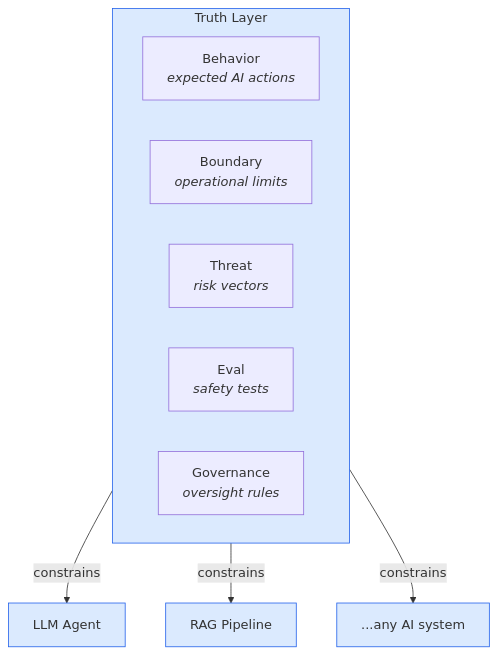
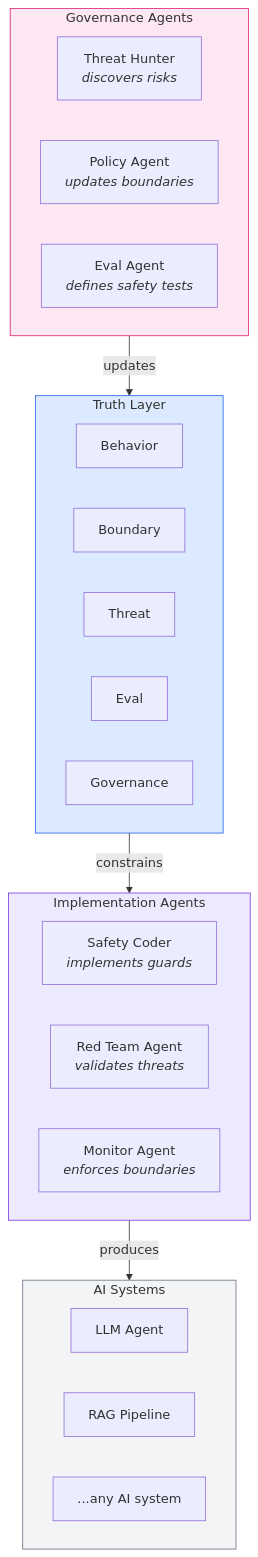
One commit to panbanda/dna changed the second of 2 diagrams in README.md. Above: the diagram before and after it, drawn with Mermaid. The commit also changed other lines of this file, not shown here.

First line of the commit message:
docs: expand diagrams to show AI agent workflows

````diff
--- a/README.md
+++ b/README.md
@@ -93,19 +111,37 @@
 ```mermaid
 flowchart TB
-    subgraph truth["Truth Layer"]
-        behavior["Behavior<br/><i>expected AI actions</i>"]
-        boundary["Boundary<br/><i>operational limits</i>"]
-        threat["Threat<br/><i>risk vectors</i>"]
-        eval["Eval<br/><i>safety tests</i>"]
-        governance["Governance<br/><i>oversight rules</i>"]
+    subgraph discovery["Governance Agents"]
+        threat_hunter["Threat Hunter<br/><i>discovers risks</i>"]
+        policy["Policy Agent<br/><i>updates boundaries</i>"]
+        eval_agent["Eval Agent<br/><i>defines safety tests</i>"]
     end
 
-    truth -->|constrains| impl1["LLM Agent"]
-    truth -->|constrains| impl2["RAG Pipeline"]
-    truth -->|constrains| impl3["...any AI system"]
+    subgraph truth["Truth Layer"]
+        behavior["Behavior"]
+        boundary["Boundary"]
+        threat["Threat"]
+        eval["Eval"]
+        governance["Governance"]
+    end
 
+    subgraph coding["Implementation Agents"]
+        safety_coder["Safety Coder<br/><i>implements guards</i>"]
+        red_team["Red Team Agent<br/><i>validates threats</i>"]
+        monitor_agent["Monitor Agent<br/><i>enforces boundaries</i>"]
+    end
+
+    subgraph impl["AI Systems"]
+        impl1["LLM Agent"]
+        impl2["RAG Pipeline"]
+        impl3["...any AI system"]
+    end
+
+    discovery -->|"updates"| truth
+    truth -->|"constrains"| coding
+    coding -->|"produces"| impl
+
+    style discovery fill:#fce7f3,stroke:#db2777
     style truth fill:#dbeafe,stroke:#2563eb
-    style impl1 fill:#dbeafe,stroke:#2563eb
-    style impl2 fill:#dbeafe,stroke:#2563eb
-    style impl3 fill:#dbeafe,stroke:#2563eb
+    style coding fill:#ede9fe,stroke:#7c3aed
+    style impl fill:#f3f4f6,stroke:#6b7280
 ```
````
